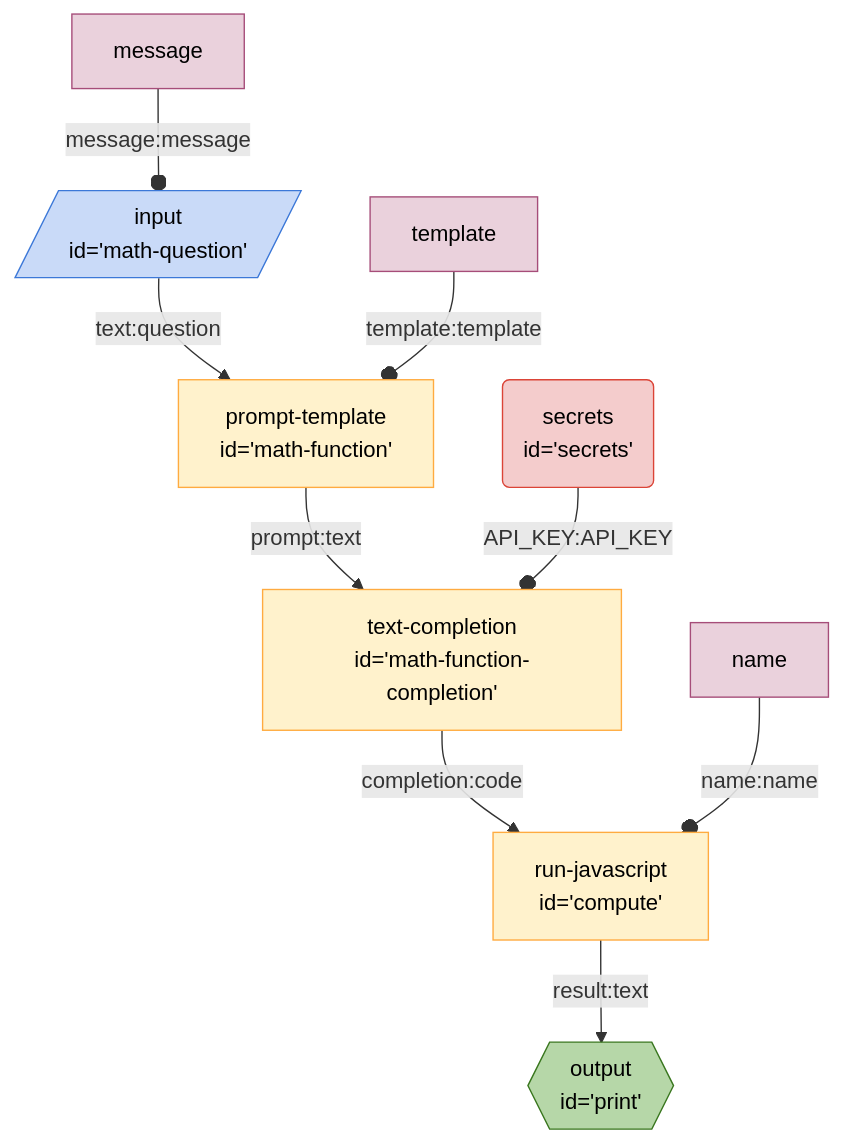
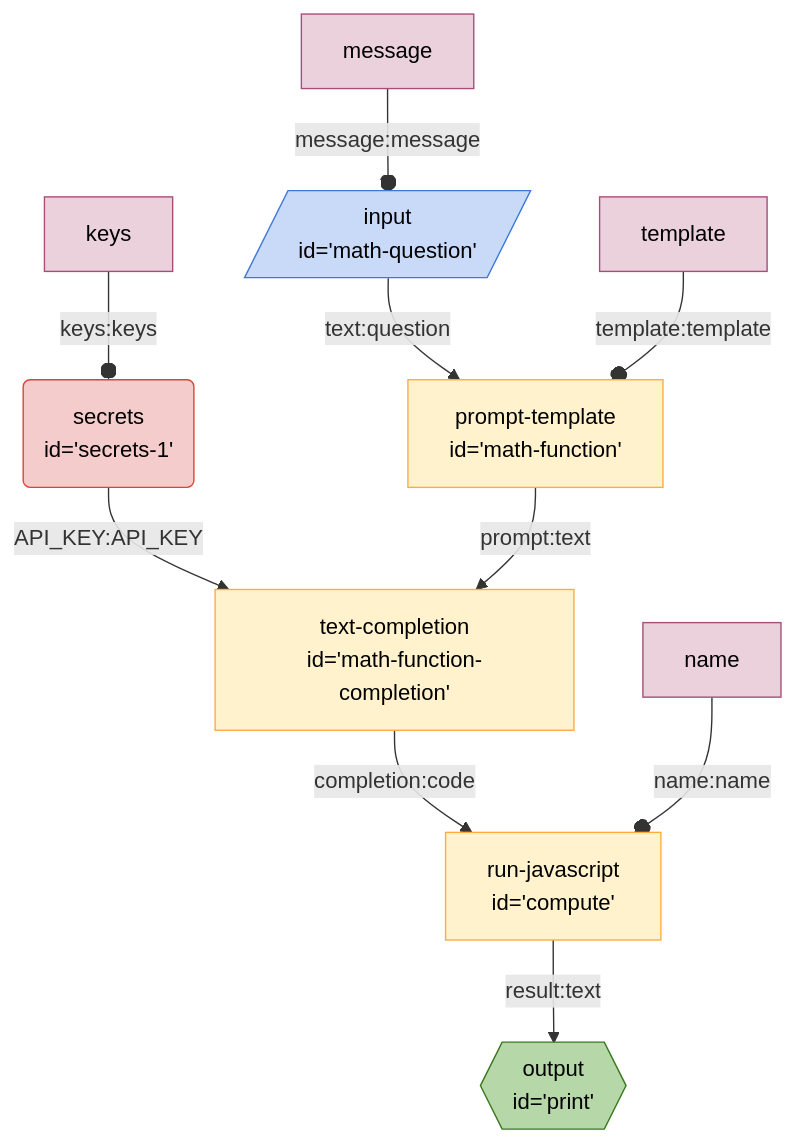
One commit to breadboard-ai/breadboard changed the diagram in seeds/graph-playground/docs/graphs/math.md. Above: the diagram before and after it, drawn with Mermaid. The commit also changed other lines of this file and 3 other files, not shown here.

First line of the commit message:
[graph-playground] Generate `math`.

````diff
--- a/seeds/graph-playground/docs/graphs/math.md
+++ b/seeds/graph-playground/docs/graphs/math.md
@@ -4,30 +6,31 @@
-```mermaid
-%%{init: 'themeVariables': { 'fontFamily': 'Fira Code, monospace' }}%%
+  ```mermaid
+  %%{init: 'themeVariables': { 'fontFamily': 'Fira Code, monospace' }}%%
 graph TD;
+secrets1("secrets
+id='secrets-1'"):::secrets -- API_KEY:API_KEY --> mathfunctioncompletion["text-completion
+id='math-function-completion'"]
+compute["run-javascript
+id='compute'"] -- result:text --> print{{"output
+id='print'"}}:::output
+mathfunctioncompletion["text-completion
+id='math-function-completion'"] -- completion:code --> compute["run-javascript
+id='compute'"]
+mathfunction["prompt-template
+id='math-function'"] -- prompt:text --> mathfunctioncompletion["text-completion
+id='math-function-completion'"]
 mathquestion[/"input
 id='math-question'"/]:::input -- text:question --> mathfunction["prompt-template
 id='math-function'"]
-mathfunction["prompt-template
-id='math-function'"] -- prompt:text --> mathfunctioncompletion["text-completion
-id='math-function-completion'"]
-secrets("secrets
-id='secrets'"):::secrets -- API_KEY:API_KEY --o mathfunctioncompletion["text-completion
-id='math-function-completion'"]
-mathfunctioncompletion["text-completion
-id='math-function-completion'"] -- completion:code --> compute["run-javascript
-id='compute'"]
-compute["run-javascript
-id='compute'"] -- result:text --> print{{"output
-id='print'"}}:::output
+templatemathfunction[template]:::config -- template:template --o mathfunction
+keyssecrets1[keys]:::config -- keys:keys --o secrets1
 messagemathquestion[message]:::config -- message:message --o mathquestion
-templatemathfunction[template]:::config -- template:template --o mathfunction
 namecompute[name]:::config -- name:name --o compute
 classDef default stroke:#ffab40,fill:#fff2ccff,color:#000
 classDef input stroke:#3c78d8,fill:#c9daf8ff,color:#000
 classDef output stroke:#38761d,fill:#b6d7a8ff,color:#000
 classDef passthrough stroke:#a64d79,fill:#ead1dcff,color:#000
 classDef slot stroke:#a64d79,fill:#ead1dcff,color:#000
 classDef config stroke:#a64d79,fill:#ead1dcff,color:#000
 classDef secrets stroke:#db4437,fill:#f4cccc,color:#000
 classDef slotted stroke:#a64d79
-```
+  ```
````
